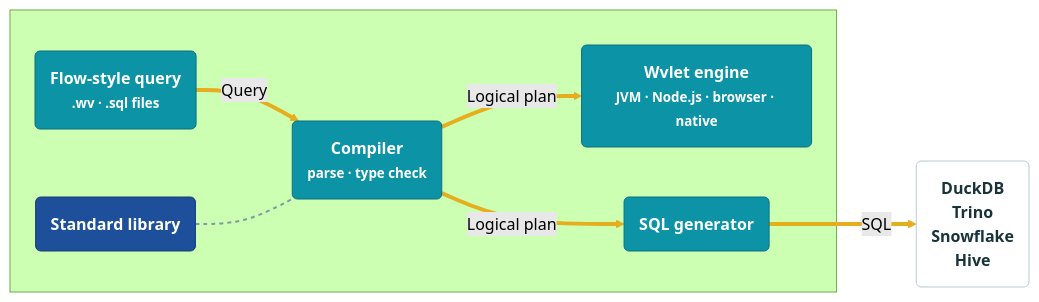
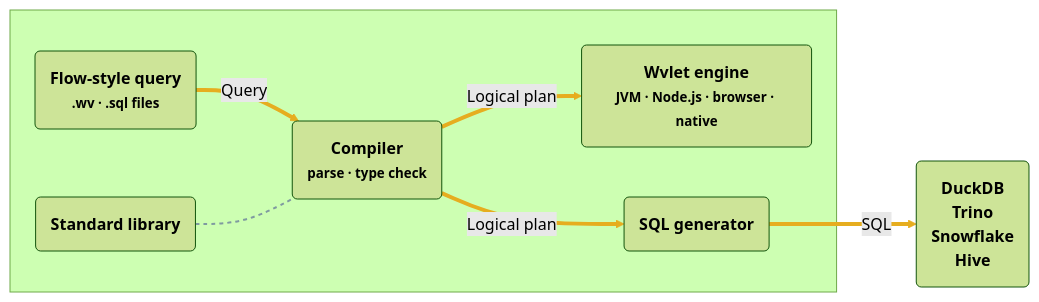
The diagram in website/docs/index.md (wvlet/wvlet), drawn with Mermaid (forest theme) before and after one commit. The commit also changed 3 other files, not shown here.

First line of the commit message:
doc: Fill the architecture diagram's boxes with gradients so they look as rich as the slides

````diff
--- a/website/docs/index.md
+++ b/website/docs/index.md
@@ -87,26 +87,26 @@
 ```mermaid
 flowchart LR
   subgraph wvlet[" "]
     query("Flow-style query<br/><small>.wv · .sql files</small>")
     compiler("Compiler<br/><small>parse · type check</small>")
     stdlib("Standard library")
     engine("Wvlet engine<br/><small>JVM · Node.js · browser · native</small>")
     sqlgen("SQL generator")
   end
   sql("DuckDB<br/>Trino<br/>Snowflake<br/>Hive")
 
   query ==>|Query| compiler
   stdlib -.- compiler
   compiler ==>|Logical plan| engine
   compiler ==>|Logical plan| sqlgen
   sqlgen ==>|SQL| sql
 
-  classDef stage fill:#0d93a6,stroke:#08717f,stroke-width:1px,color:#ffffff,font-weight:600
-  classDef lib fill:#1d4f9a,stroke:#163d78,stroke-width:1px,color:#ffffff,font-weight:600
-  classDef target fill:#ffffff,stroke:#b9cdd1,stroke-width:1px,color:#18343a,font-weight:600
+  classDef stage font-weight:600
+  classDef lib font-weight:600
+  classDef target font-weight:600
   class query,compiler,engine,sqlgen stage
   class stdlib lib
   class sql target
   linkStyle default stroke:#e6ad1f,stroke-width:4px
   linkStyle 1 stroke:#7f9aa0,stroke-width:2px,stroke-dasharray:4 4
 ```
````
